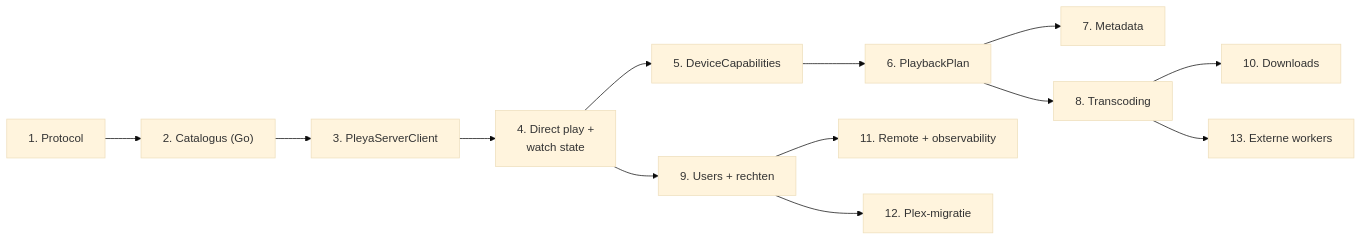
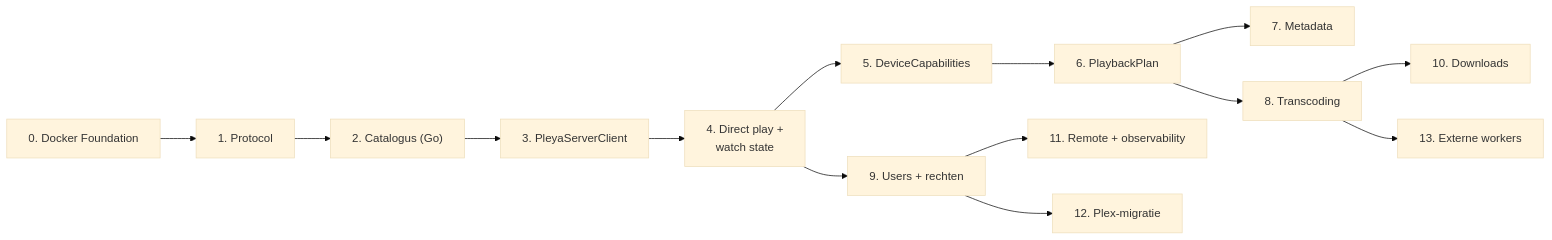
The sixth of 6 diagrams in docs/pleya-server-architecture.md (michelknoop21/pleya), drawn with Mermaid (base theme) before and after one commit. The commit also changed other lines of this file and 2 other files, not shown here.

First line of the commit message:
docs(pleya-server): PS-0 Docker Foundation als roadmap deviation

````diff
--- a/docs/pleya-server-architecture.md
+++ b/docs/pleya-server-architecture.md
@@ -1464,15 +1464,16 @@
 ```mermaid
 flowchart LR
-  P1["1. Protocol"] --> P2["2. Catalogus (Go)"]
+  P0["0. Docker Foundation"] --> P1["1. Protocol"]
+  P1 --> P2["2. Catalogus (Go)"]
   P2 --> P3["3. PleyaServerClient"]
   P3 --> P4["4. Direct play +<br/>watch state"]
   P4 --> P5["5. DeviceCapabilities"]
   P5 --> P6["6. PlaybackPlan"]
   P6 --> P7["7. Metadata"]
   P6 --> P8["8. Transcoding"]
   P4 --> P9["9. Users + rechten"]
   P8 --> P10["10. Downloads"]
   P9 --> P11["11. Remote + observability"]
   P9 --> P12["12. Plex-migratie"]
   P8 --> P13["13. Externe workers"]
 ```
````
